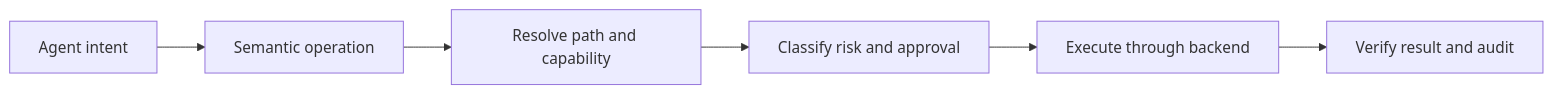
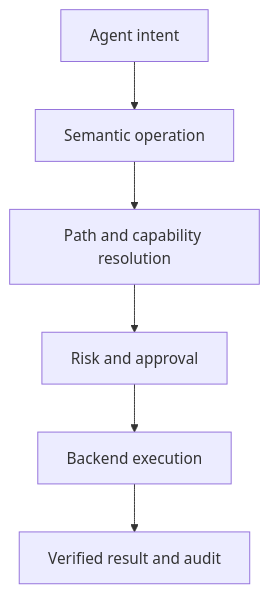
The diagram in README.md (AvaTar-ArTs/AgentFileOps), drawn with Mermaid before and after one commit. The commit also changed other lines of this file, not shown here.

````diff
--- a/README.md
+++ b/README.md
@@ -28,8 +28,8 @@
 ```mermaid
-flowchart LR
+flowchart TD
     A[Agent intent] --> B[Semantic operation]
-    B --> C[Resolve path and capability]
-    C --> D[Classify risk and approval]
-    D --> E[Execute through backend]
-    E --> F[Verify result and audit]
+    B --> C[Path and capability resolution]
+    C --> D[Risk and approval]
+    D --> E[Backend execution]
+    E --> F[Verified result and audit]
 ```
````
